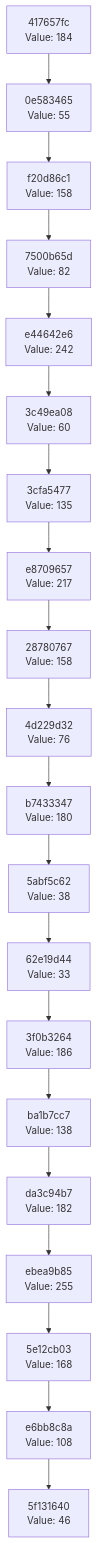
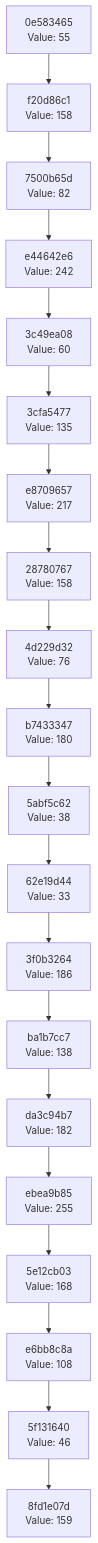
Before and after one commit to Abhisheksinha1506/hash-chain-evolver: the diagram in docs/CHAIN_VISUALIZATION.md, drawn with Mermaid. The commit also changed 2 other files, not shown here.

Commit message:
Evolution Step

````diff
--- a/docs/CHAIN_VISUALIZATION.md
+++ b/docs/CHAIN_VISUALIZATION.md
@@ -3,42 +3,42 @@
 ```mermaid
 graph TD
-    C0["5f131640<br/>Value: 46"]
-    C1["e6bb8c8a<br/>Value: 108"]
+    C0["8fd1e07d<br/>Value: 159"]
+    C1["5f131640<br/>Value: 46"]
     C1 --> C0
-    C2["5e12cb03<br/>Value: 168"]
+    C2["e6bb8c8a<br/>Value: 108"]
     C2 --> C1
-    C3["ebea9b85<br/>Value: 255"]
+    C3["5e12cb03<br/>Value: 168"]
     C3 --> C2
-    C4["da3c94b7<br/>Value: 182"]
+    C4["ebea9b85<br/>Value: 255"]
     C4 --> C3
-    C5["ba1b7cc7<br/>Value: 138"]
+    C5["da3c94b7<br/>Value: 182"]
     C5 --> C4
-    C6["3f0b3264<br/>Value: 186"]
+    C6["ba1b7cc7<br/>Value: 138"]
     C6 --> C5
-    C7["62e19d44<br/>Value: 33"]
+    C7["3f0b3264<br/>Value: 186"]
     C7 --> C6
-    C8["5abf5c62<br/>Value: 38"]
+    C8["62e19d44<br/>Value: 33"]
     C8 --> C7
-    C9["b7433347<br/>Value: 180"]
+    C9["5abf5c62<br/>Value: 38"]
     C9 --> C8
-    C10["4d229d32<br/>Value: 76"]
+    C10["b7433347<br/>Value: 180"]
     C10 --> C9
-    C11["28780767<br/>Value: 158"]
+    C11["4d229d32<br/>Value: 76"]
     C11 --> C10
-    C12["e8709657<br/>Value: 217"]
+    C12["28780767<br/>Value: 158"]
     C12 --> C11
-    C13["3cfa5477<br/>Value: 135"]
+    C13["e8709657<br/>Value: 217"]
     C13 --> C12
-    C14["3c49ea08<br/>Value: 60"]
+    C14["3cfa5477<br/>Value: 135"]
     C14 --> C13
-    C15["e44642e6<br/>Value: 242"]
+    C15["3c49ea08<br/>Value: 60"]
     C15 --> C14
-    C16["7500b65d<br/>Value: 82"]
+    C16["e44642e6<br/>Value: 242"]
     C16 --> C15
-    C17["f20d86c1<br/>Value: 158"]
+    C17["7500b65d<br/>Value: 82"]
     C17 --> C16
-    C18["0e583465<br/>Value: 55"]
+    C18["f20d86c1<br/>Value: 158"]
     C18 --> C17
-    C19["417657fc<br/>Value: 184"]
+    C19["0e583465<br/>Value: 55"]
     C19 --> C18
 ```
````
